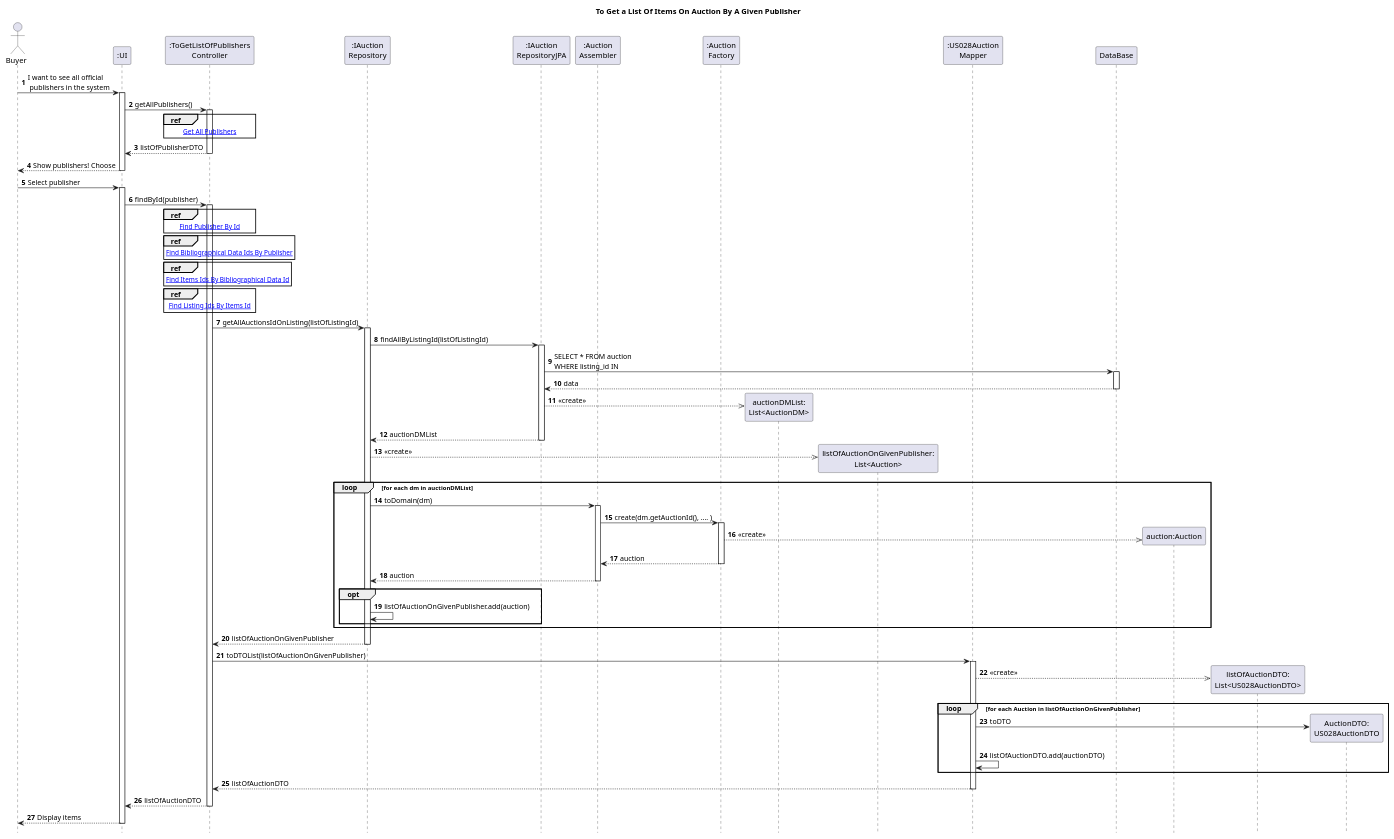
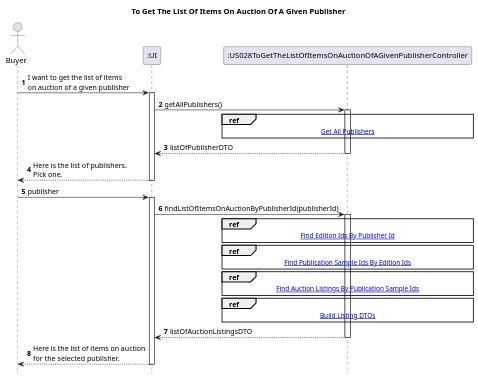
One commit to AndrePereiraGitH/SWitCH-Project-Team_A changed the diagram in Diagrams/SequenceDiagrams/N2/To-get-list-of-items-on-auction-of-an-given-publisher/Main.puml. Above: the diagram before and after it, drawn with PlantUML. The commit also changed 12 other files, not shown here.

Commit message:
Doc #705 : switch from auction-based to listing-based flow and update diagrams"

```diff
--- a/Diagrams/SequenceDiagrams/N2/To-get-list-of-items-on-auction-of-an-given-publisher/Main.puml
+++ b/Diagrams/SequenceDiagrams/N2/To-get-list-of-items-on-auction-of-an-given-publisher/Main.puml
@@ -1,112 +1,55 @@
 @startuml
-
 hide footbox
 autonumber
-title To Get a List Of Items On Auction By A Given Publisher
+title To Get The List Of Items On Auction Of A Given Publisher
 
-actor Buyer as User
+actor Buyer
 
 participant ":UI" as UI
-participant ":ToGetListOfPublishers\nController" as Controller
+participant ":US028ToGetTheListOfItemsOnAuctionOfAGivenPublisherController" as Ctrl
 
-
-
-participant ":IAuction\nRepository" as AuctionRepo
-participant ":IAuction\nRepositoryJPA" as AJPA
-participant ":Auction\nAssembler" as AuctionAssembler
-participant ":Auction\nFactory" as Factory
-participant "auctionDMList:\nList<AuctionDM>"
-participant "listOfAuctionOnGivenPublisher:\nList<Auction>"
-participant ":US028Auction\nMapper" as AuctionMapper
-participant "DataBase" as DB
-
-
-User -> UI : I want to see all official\n publishers in the system
+Buyer -> UI : I want to get the list of items\non auction of a given publisher
 activate UI
 
-UI -> Controller : getAllPublishers()
-activate Controller
+UI -> Ctrl : getAllPublishers()
+activate Ctrl
 
-    ref over Controller
-[[to-get-publisher.puml Get All Publishers]]
-    end ref
+ref over Ctrl
+[[get-all-publishers.puml Get All Publishers]]
+end ref
 
-Controller --> UI : listOfPublisherDTO
-deactivate Controller
+Ctrl --> UI : listOfPublisherDTO
+deactivate Ctrl
 
-UI --> User : Show publishers! Choose
+UI --> Buyer : Here is the list of publishers.\nPick one.
 deactivate UI
-User -> UI : Select publisher
+
+Buyer -> UI : publisher
 activate UI
 
-UI -> Controller : findById(publisher)
-activate Controller
-ref over Controller
-[[find-publisher-by-id.puml Find Publisher By Id]]
+UI -> Ctrl : findListOfItemsOnAuctionByPublisherId(publisherId)
+activate Ctrl
+
+ref over Ctrl
+[[find-edition-ids-by-publisher-id.puml Find Edition Ids By Publisher Id]]
 end ref
 
-
-ref over Controller
-[[find-bibliographical-data-id-by-publisher.puml Find Bibliographical Data Ids By Publisher]]
+ref over Ctrl
+[[find-publication-sample-ids-by-edition-ids.puml Find Publication Sample Ids By Edition Ids]]
 end ref
 
-ref over Controller
-[[find-items-id-by-bibliographical-data-id.puml Find Items Ids By Bibliographical Data Id]]
+ref over Ctrl
+[[find-auction-listings-by-publication-sample-ids.puml Find Auction Listings By Publication Sample Ids]]
 end ref
 
-ref over Controller
-[[find-listing-id-by-items-id.puml Find Listing Ids By Items Id]]
+ref over Ctrl
+[[build-listing-dtos.puml Build Listing DTOs]]
 end ref
 
-Controller -> AuctionRepo : getAllAuctionsIdOnListing(listOfListingId)
-activate AuctionRepo
-AuctionRepo -> AJPA : findAllByListingId(listOfListingId)
-activate AJPA
-AJPA -> DB : SELECT * FROM auction\nWHERE listing_id IN
-activate DB
-DB --> AJPA : data
-deactivate DB
-AJPA -->> "auctionDMList:\nList<AuctionDM>" ** : <<create>>
-AJPA --> AuctionRepo : auctionDMList
-deactivate AJPA
+Ctrl --> UI : listOfAuctionListingsDTO
+deactivate Ctrl
 
-AuctionRepo -->> "listOfAuctionOnGivenPublisher:\nList<Auction>" ** : <<create>>
-
-loop for each dm in auctionDMList
-    AuctionRepo -> AuctionAssembler : toDomain(dm)
-    activate AuctionAssembler
-    AuctionAssembler -> Factory : create(dm.getAuctionId(), .... )
-    activate Factory
-    Factory -->> "auction:Auction" ** : <<create>>
-    Factory --> AuctionAssembler : auction
-    deactivate Factory
-    AuctionAssembler --> AuctionRepo : auction
-    deactivate AuctionAssembler
-
-    opt
-    AuctionRepo -> AuctionRepo : listOfAuctionOnGivenPublisher.add(auction)
-    end
-end
-
-AuctionRepo --> Controller : listOfAuctionOnGivenPublisher
-deactivate AuctionRepo
-
-Controller -> AuctionMapper : toDTOList(listOfAuctionOnGivenPublisher)
-activate AuctionMapper
-AuctionMapper -->> "listOfAuctionDTO:\nList<US028AuctionDTO>" ** : <<create>>
-
-loop for each Auction in listOfAuctionOnGivenPublisher
-
-    AuctionMapper -> "AuctionDTO:\nUS028AuctionDTO" ** : toDTO
-    AuctionMapper -> AuctionMapper : listOfAuctionDTO.add(auctionDTO)
-end
-AuctionMapper --> Controller : listOfAuctionDTO
-deactivate AuctionMapper
-
-Controller --> UI : listOfAuctionDTO
-deactivate Controller
-
-UI --> User : Display items
+UI --> Buyer : Here is the list of items on auction\nfor the selected publisher.
 deactivate UI
 
 @enduml
```
